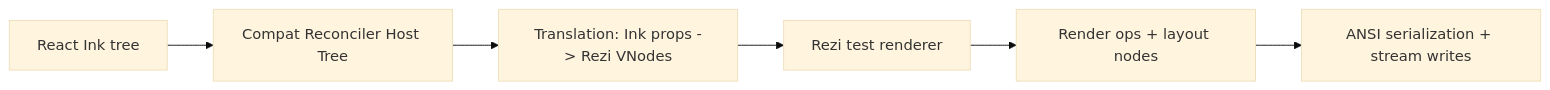
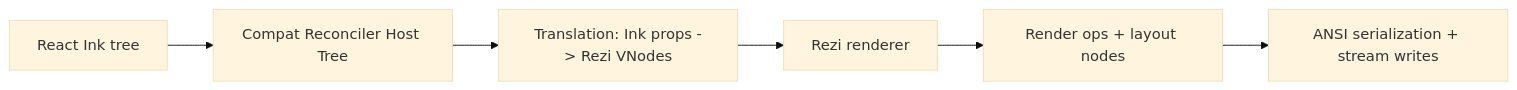
One commit to RtlZeroMemory/Rezi changed the diagram in docs/architecture/ink-compat.md. Above: the diagram before and after it, drawn with Mermaid (base theme). The commit also changed other lines of this file, not shown here.

````diff
--- a/docs/architecture/ink-compat.md
+++ b/docs/architecture/ink-compat.md
@@ -155,8 +155,8 @@
 ```mermaid
 flowchart LR
   A[React Ink tree] --> B[Compat Reconciler Host Tree]
   B --> C[Translation: Ink props -> Rezi VNodes]
-  C --> D[Rezi test renderer]
+  C --> D[Rezi renderer]
   D --> E[Render ops + layout nodes]
   E --> F[ANSI serialization + stream writes]
 ```
````
